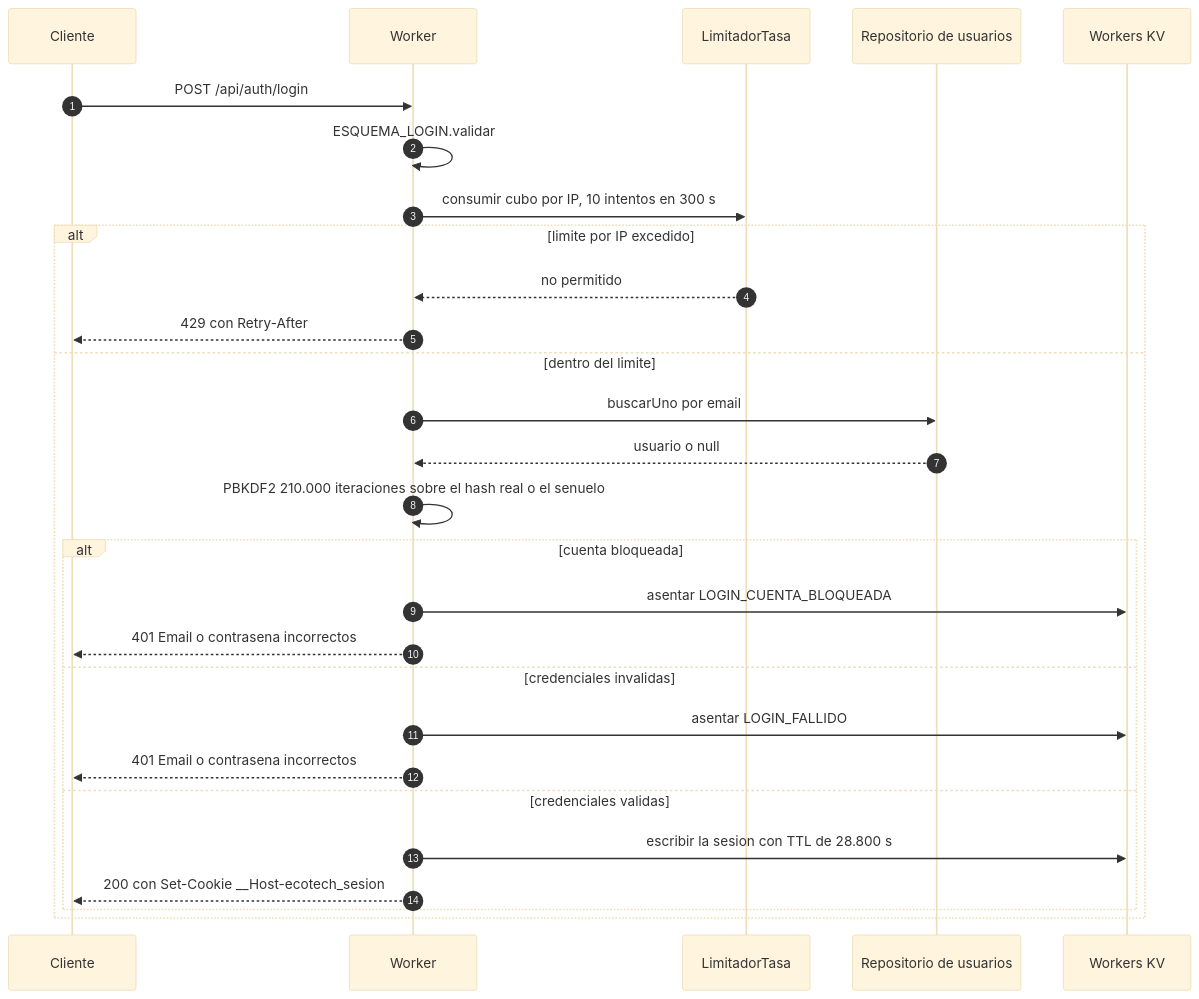
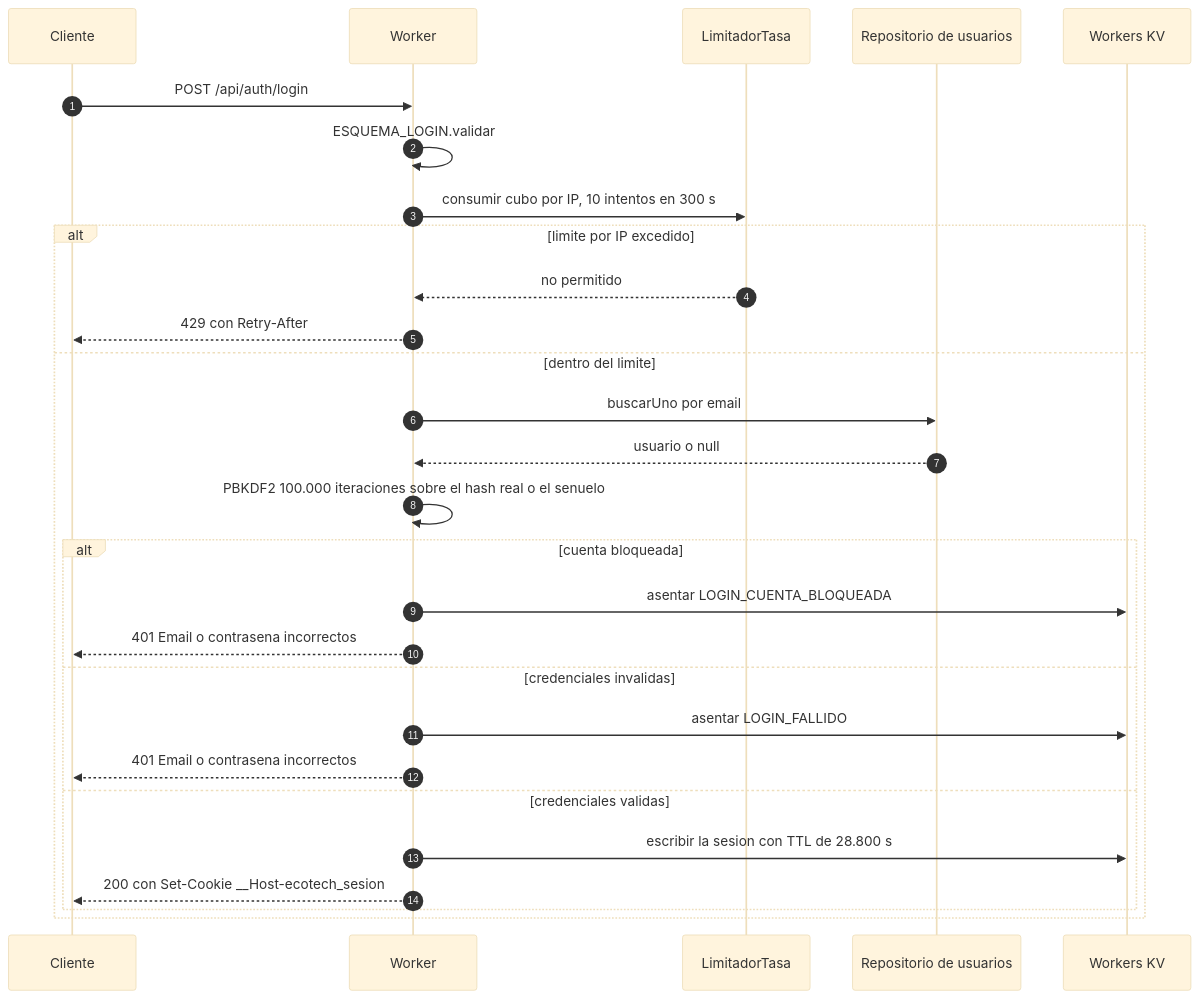
One commit to ianpolettilucero/ecotech-solutions changed the first of 2 diagrams in docs/06-seguridad.md. Above: the diagram before and after it, drawn with Mermaid (base theme). The commit also changed other lines of this file and 9 other files, not shown here.

First line of the commit message:
Ajustar PBKDF2 al techo de iteraciones de Workers

````diff
--- a/docs/06-seguridad.md
+++ b/docs/06-seguridad.md
@@ -184,30 +184,30 @@
 ```mermaid
 sequenceDiagram
     autonumber
     participant C as Cliente
     participant W as Worker
     participant L as LimitadorTasa
     participant R as Repositorio de usuarios
     participant K as Workers KV
     C->>W: POST /api/auth/login
     W->>W: ESQUEMA_LOGIN.validar
     W->>L: consumir cubo por IP, 10 intentos en 300 s
     alt limite por IP excedido
         L-->>W: no permitido
         W-->>C: 429 con Retry-After
     else dentro del limite
         W->>R: buscarUno por email
         R-->>W: usuario o null
-        W->>W: PBKDF2 210.000 iteraciones sobre el hash real o el senuelo
+        W->>W: PBKDF2 100.000 iteraciones sobre el hash real o el senuelo
         alt cuenta bloqueada
             W->>K: asentar LOGIN_CUENTA_BLOQUEADA
             W-->>C: 401 Email o contrasena incorrectos
         else credenciales invalidas
             W->>K: asentar LOGIN_FALLIDO
             W-->>C: 401 Email o contrasena incorrectos
         else credenciales validas
             W->>K: escribir la sesion con TTL de 28.800 s
             W-->>C: 200 con Set-Cookie __Host-ecotech_sesion
         end
     end
 ```
````
